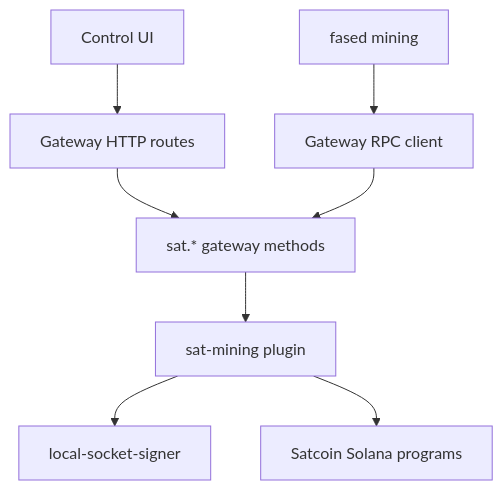
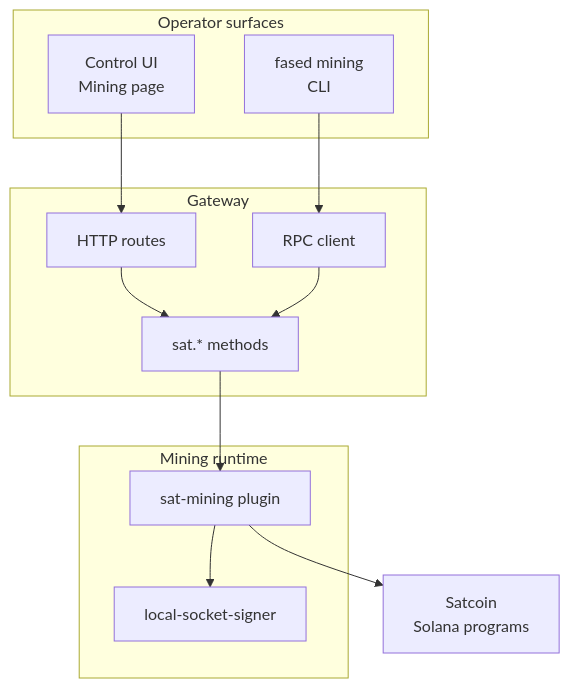
The first of 2 diagrams in docs/plugins/crypto/mining-protocol.md (fased-ai/fased), drawn with Mermaid before and after one commit. The commit also changed other lines of this file and 264 other files, not shown here.

````diff
--- a/docs/plugins/crypto/mining-protocol.md
+++ b/docs/plugins/crypto/mining-protocol.md
@@ -28,10 +28,26 @@
 ```mermaid
-flowchart TB
-  UI["Control UI"] --> REST["Gateway HTTP routes"]
-  CLI["fased mining"] --> RPC["Gateway RPC client"]
-  REST --> Methods["sat.* gateway methods"]
+flowchart TD
+  subgraph OperatorSurfaces["Operator surfaces"]
+    UI["Control UI<br/>Mining page"]
+    CLI["fased mining<br/>CLI"]
+  end
+
+  subgraph Gateway["Gateway"]
+    REST["HTTP routes"]
+    RPC["RPC client"]
+    Methods["sat.* methods"]
+  end
+
+  subgraph Runtime["Mining runtime"]
+    Plugin["sat-mining plugin"]
+    Signer["local-socket-signer"]
+  end
+
+  UI --> REST
+  CLI --> RPC
+  REST --> Methods
   RPC --> Methods
-  Methods --> Plugin["sat-mining plugin"]
-  Plugin --> Signer["local-socket-signer"]
-  Plugin --> Solana["Satcoin Solana programs"]
+  Methods --> Plugin
+  Plugin --> Signer
+  Plugin --> Solana["Satcoin<br/>Solana programs"]
 ```
````
